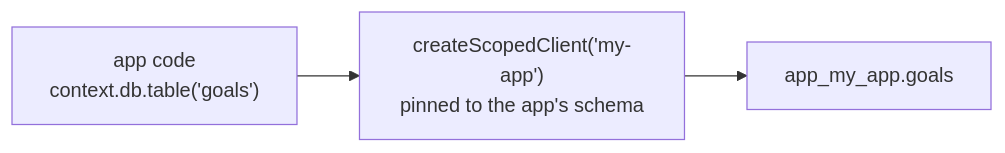
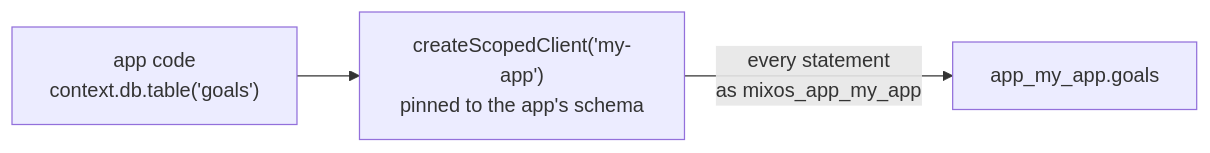
Before and after one commit to mixoshq/mixos: the third of 5 diagrams in docs/security-architecture.md, drawn with Mermaid. The commit also changed other lines of this file and 20 other files, not shown here.

First line of the commit message:
feat(os): run every app query as the app's own database role

````diff
--- a/docs/security-architecture.md
+++ b/docs/security-architecture.md
@@ -396,5 +396,5 @@
 ```mermaid
 flowchart LR
     APP["app code<br/>context.db.table('goals')"] --> SCOPED["createScopedClient('my-app')<br/>pinned to the app's schema"]
-    SCOPED --> REAL["app_my_app.goals"]
+    SCOPED -- "every statement<br/>as mixos_app_my_app" --> REAL["app_my_app.goals"]
 ```
````
